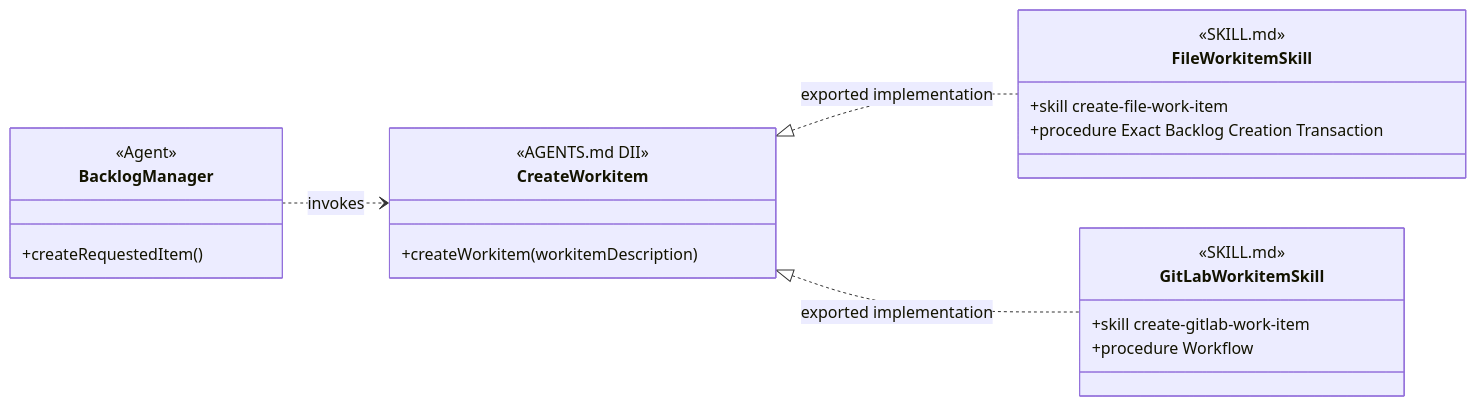
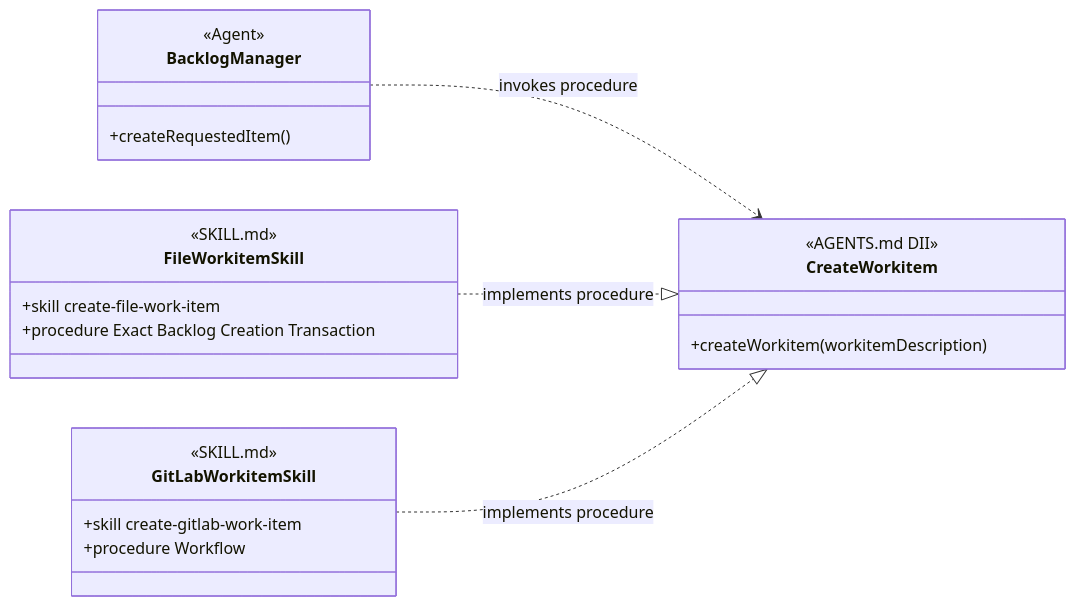
The fourth of 12 diagrams in design/object-oriented-agent-and-skill-model.md (martinbechard/dev-methodology), drawn with Mermaid before and after one commit. The commit also changed other lines of this file and 2 other files, not shown here.

Commit message:
Define diagram relationship notation

````diff
--- a/design/object-oriented-agent-and-skill-model.md
+++ b/design/object-oriented-agent-and-skill-model.md
@@ -186,32 +264,32 @@
 ```mermaid
 classDiagram
     direction LR
 
     class BacklogManager {
         <<Agent>>
         +createRequestedItem()
     }
 
     class CreateWorkitem {
         <<AGENTS.md DII>>
         +createWorkitem(workitemDescription)
     }
 
     class FileWorkitemSkill {
         <<SKILL.md>>
         <<Injectable Skill>>
         +skill create-file-work-item
         +procedure Exact Backlog Creation Transaction
     }
 
     class GitLabWorkitemSkill {
         <<SKILL.md>>
         <<Injectable Skill>>
         +skill create-gitlab-work-item
         +procedure Workflow
     }
 
-    BacklogManager ..> CreateWorkitem : invokes
-    CreateWorkitem <|.. FileWorkitemSkill : exported implementation
-    CreateWorkitem <|.. GitLabWorkitemSkill : exported implementation
+    BacklogManager ..> CreateWorkitem : invokes procedure
+    FileWorkitemSkill ..|> CreateWorkitem : implements procedure
+    GitLabWorkitemSkill ..|> CreateWorkitem : implements procedure
 ```
````
